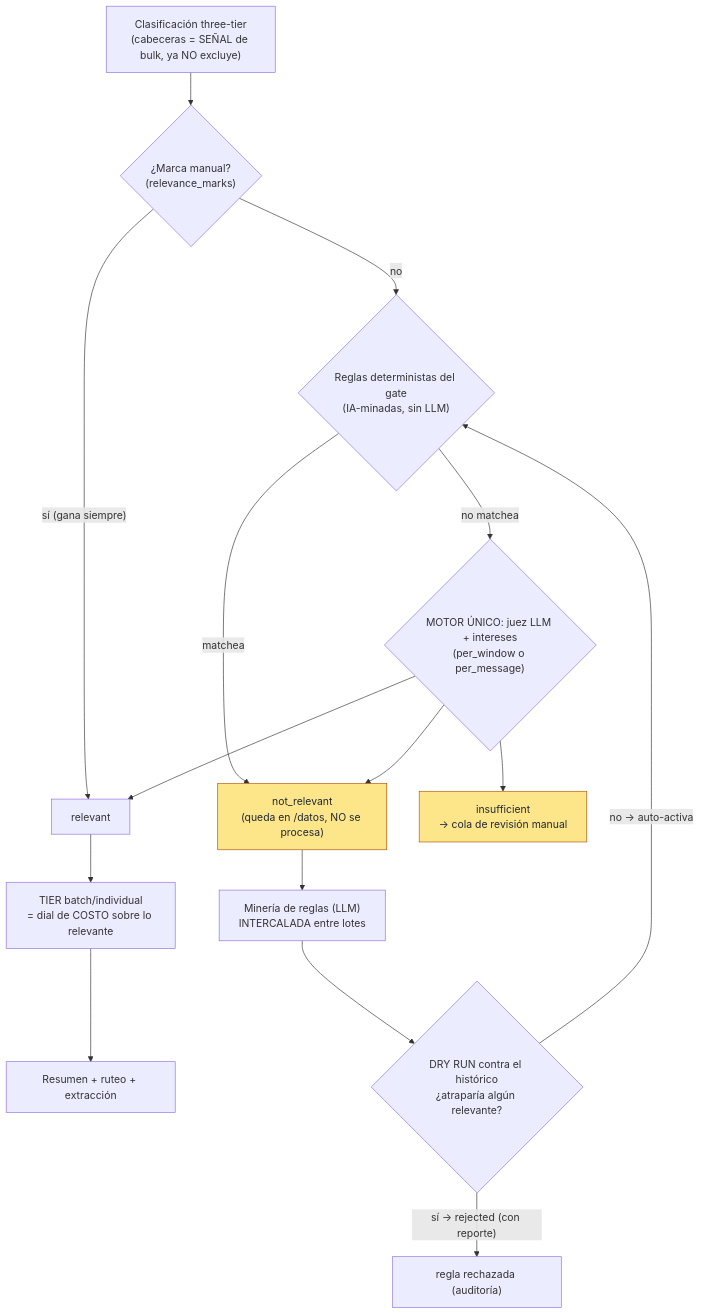
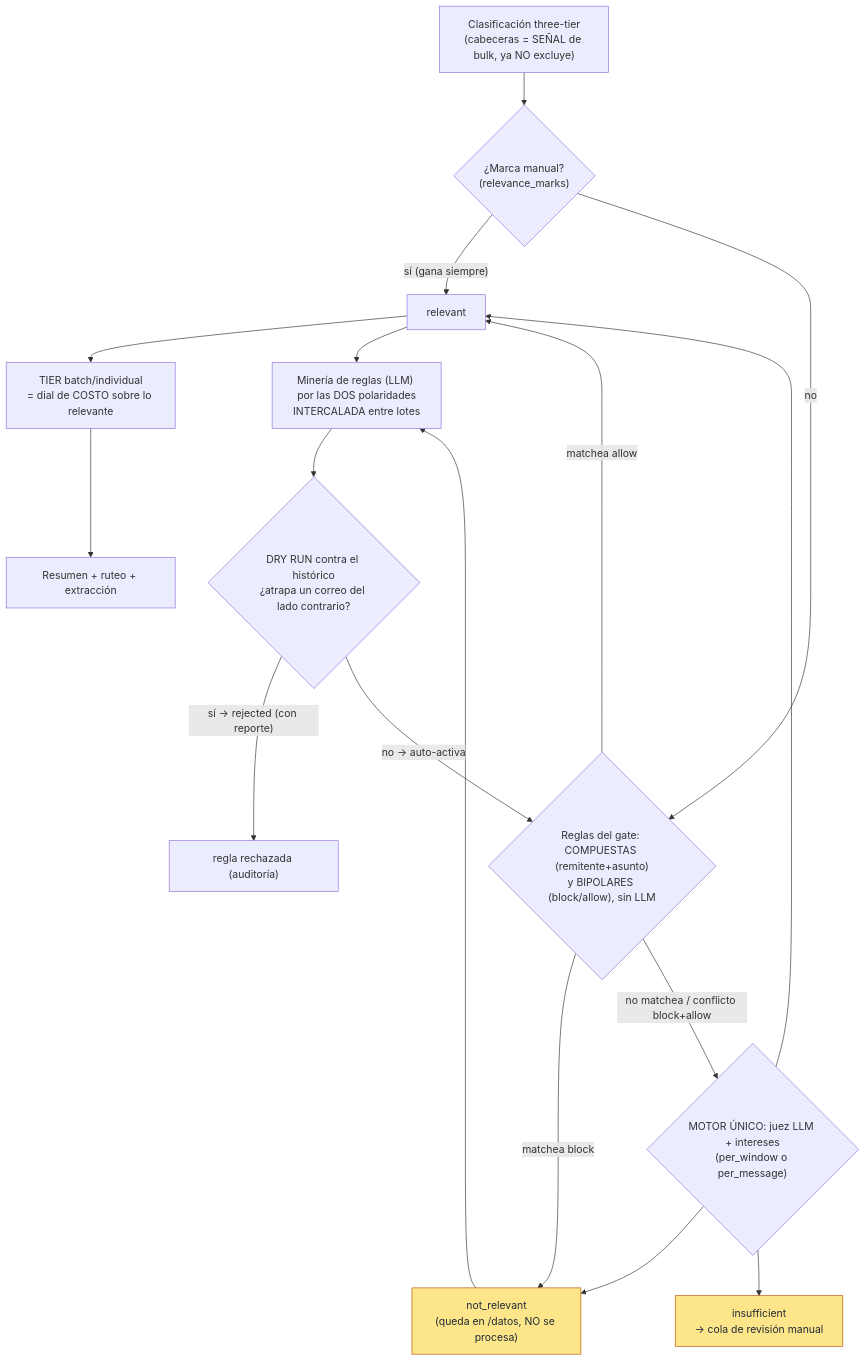
The diagram in docs/modulo-relevancia.md (CoKeFish/memex), drawn with Mermaid before and after one commit. The commit also changed other lines of this file and 26 other files, not shown here.

First line of the commit message:
feat(relevance): reglas del gate compuestas (remitente+asunto) y bipolares (block/allow)

````diff
--- a/docs/modulo-relevancia.md
+++ b/docs/modulo-relevancia.md
@@ -25,29 +45,31 @@
 ```mermaid
 flowchart TB
   cls["Clasificación three-tier<br/>(cabeceras = SEÑAL de bulk, ya NO excluye)"]
   mark{"¿Marca manual?<br/>(relevance_marks)"}
-  rules{"Reglas deterministas del gate<br/>(IA-minadas, sin LLM)"}
+  rules{"Reglas del gate: COMPUESTAS (remitente+asunto)<br/>y BIPOLARES (block/allow), sin LLM"}
   llm{"MOTOR ÚNICO: juez LLM + intereses<br/>(per_window o per_message)"}
   rel["relevant"]
   norel["not_relevant<br/>(queda en /datos, NO se procesa)"]
   insuf["insufficient<br/>→ cola de revisión manual"]
   tier["TIER batch/individual<br/>= dial de COSTO sobre lo relevante"]
   pipe["Resumen + ruteo + extracción"]
-  mine["Minería de reglas (LLM)<br/>INTERCALADA entre lotes"]
-  dry{"DRY RUN contra el histórico<br/>¿atraparía algún relevante?"}
+  mine["Minería de reglas (LLM) por las DOS polaridades<br/>INTERCALADA entre lotes"]
+  dry{"DRY RUN contra el histórico<br/>¿atrapa un correo del lado contrario?"}
 
   cls --> mark
   mark -- "sí (gana siempre)" --> rel
   mark -- "no" --> rules
-  rules -- "matchea" --> norel
-  rules -- "no matchea" --> llm
+  rules -- "matchea block" --> norel
+  rules -- "matchea allow" --> rel
+  rules -- "no matchea / conflicto block+allow" --> llm
   llm --> rel & norel & insuf
   rel --> tier --> pipe
+  rel --> mine
   norel --> mine
   mine --> dry
   dry -- "sí → rejected (con reporte)" --> x["regla rechazada (auditoría)"]
   dry -- "no → auto-activa" --> rules
 
   classDef store fill:#fde68a,stroke:#b45309,color:#1f2937;
   class norel,insuf store;
 ```
````
